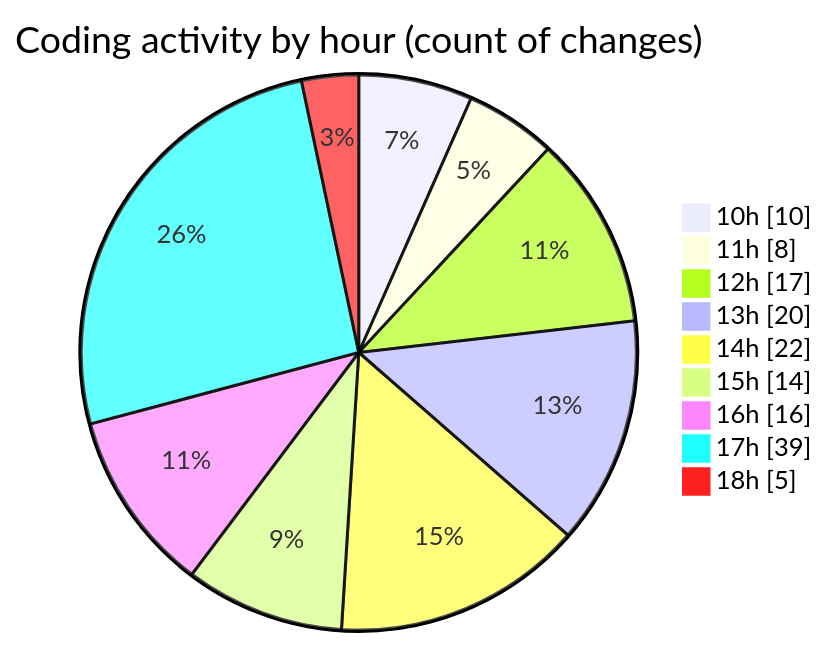
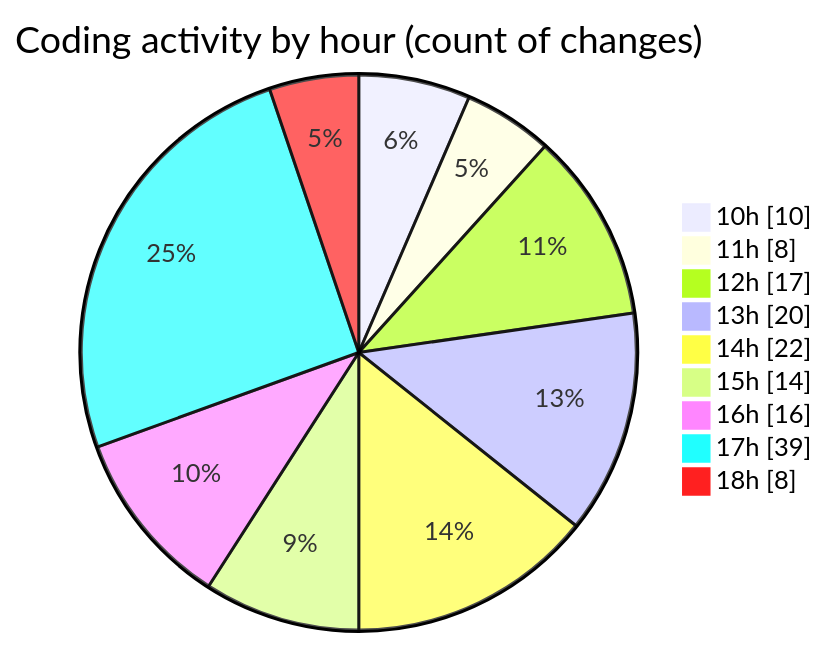
The second of 2 diagrams in 2025-12-03/cda/README.md (momahboobian/code-tracking), drawn with Mermaid before and after one commit. The commit also changed other lines of this file and 1 other file, not shown here.

````diff
--- a/2025-12-03/cda/README.md
+++ b/2025-12-03/cda/README.md
@@ -44,13 +44,13 @@
 ```mermaid
 pie showData
 title Coding activity by hour (count of changes)
 "10h" : 10
 "11h" : 8
 "12h" : 17
 "13h" : 20
 "14h" : 22
 "15h" : 14
 "16h" : 16
 "17h" : 39
-"18h" : 5
+"18h" : 8
 ```
````
